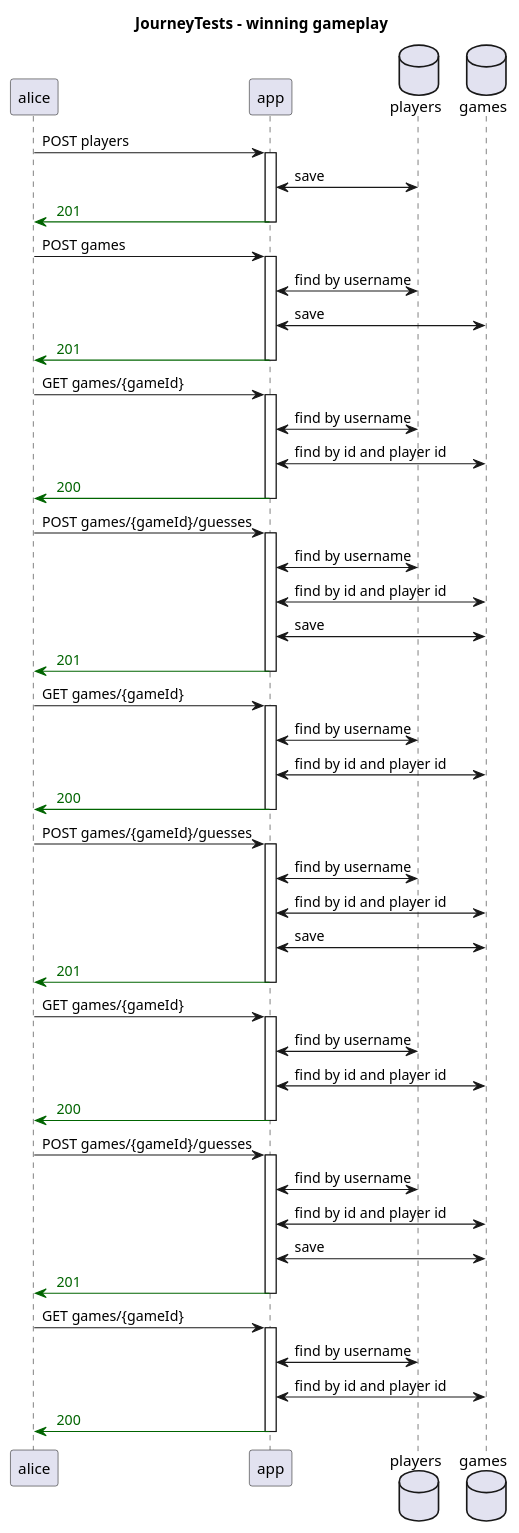
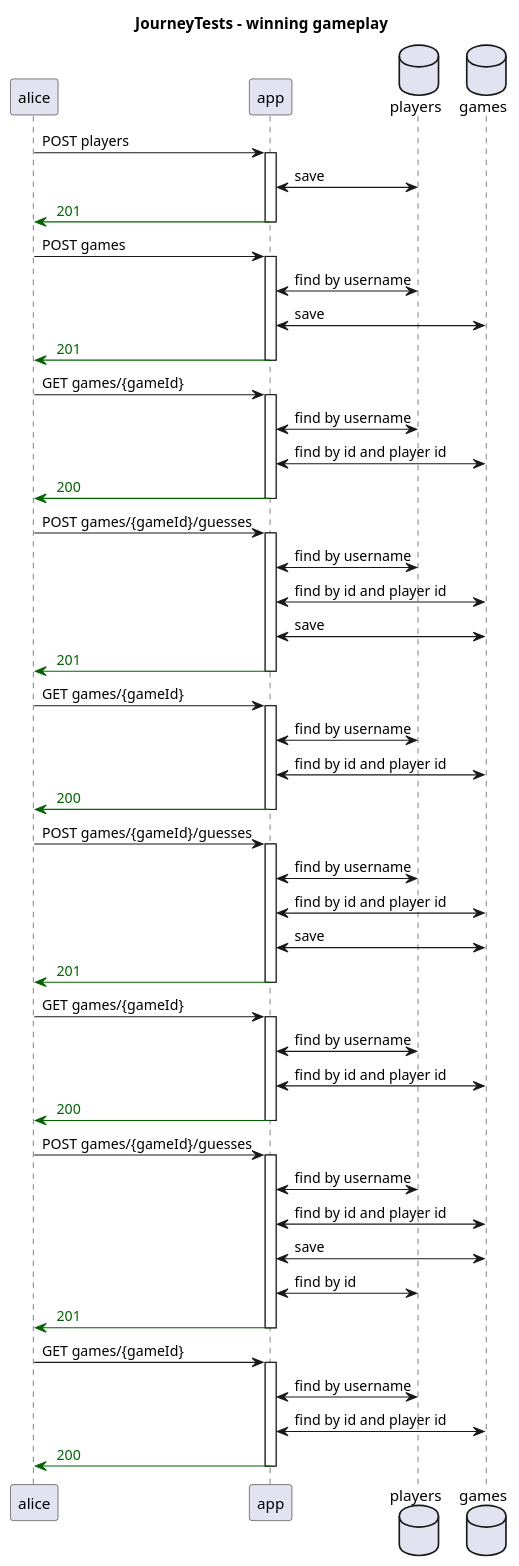
The diagram in docs/system/generated/JourneyTests - winning gameplay - Sequence.puml (th3n3rd/http4k-playground), drawn with PlantUML before and after one commit. The commit also changed 3 other files, not shown here.

```diff
--- a/docs/system/generated/JourneyTests - winning gameplay - Sequence.puml
+++ b/docs/system/generated/JourneyTests - winning gameplay - Sequence.puml
@@ -1,63 +1,64 @@
 @startuml
 title JourneyTests - winning gameplay
 participant "alice"
 participant "app"
 database "players"
 database "games"
 "alice" -> "app": POST players
 activate "app"
 "app" <-> "players": save
 "app" -[#DarkGreen]> "alice": <color:DarkGreen> 201 
 deactivate "app"
 "alice" -> "app": POST games
 activate "app"
 "app" <-> "players": find by username
 "app" <-> "games": save
 "app" -[#DarkGreen]> "alice": <color:DarkGreen> 201 
 deactivate "app"
 "alice" -> "app": GET games/{gameId}
 activate "app"
 "app" <-> "players": find by username
 "app" <-> "games": find by id and player id
 "app" -[#DarkGreen]> "alice": <color:DarkGreen> 200 
 deactivate "app"
 "alice" -> "app": POST games/{gameId}/guesses
 activate "app"
 "app" <-> "players": find by username
 "app" <-> "games": find by id and player id
 "app" <-> "games": save
 "app" -[#DarkGreen]> "alice": <color:DarkGreen> 201 
 deactivate "app"
 "alice" -> "app": GET games/{gameId}
 activate "app"
 "app" <-> "players": find by username
 "app" <-> "games": find by id and player id
 "app" -[#DarkGreen]> "alice": <color:DarkGreen> 200 
 deactivate "app"
 "alice" -> "app": POST games/{gameId}/guesses
 activate "app"
 "app" <-> "players": find by username
 "app" <-> "games": find by id and player id
 "app" <-> "games": save
 "app" -[#DarkGreen]> "alice": <color:DarkGreen> 201 
 deactivate "app"
 "alice" -> "app": GET games/{gameId}
 activate "app"
 "app" <-> "players": find by username
 "app" <-> "games": find by id and player id
 "app" -[#DarkGreen]> "alice": <color:DarkGreen> 200 
 deactivate "app"
 "alice" -> "app": POST games/{gameId}/guesses
 activate "app"
 "app" <-> "players": find by username
 "app" <-> "games": find by id and player id
 "app" <-> "games": save
+"app" <-> "players": find by id
 "app" -[#DarkGreen]> "alice": <color:DarkGreen> 201 
 deactivate "app"
 "alice" -> "app": GET games/{gameId}
 activate "app"
 "app" <-> "players": find by username
 "app" <-> "games": find by id and player id
 "app" -[#DarkGreen]> "alice": <color:DarkGreen> 200 
 deactivate "app"
 @enduml
```
